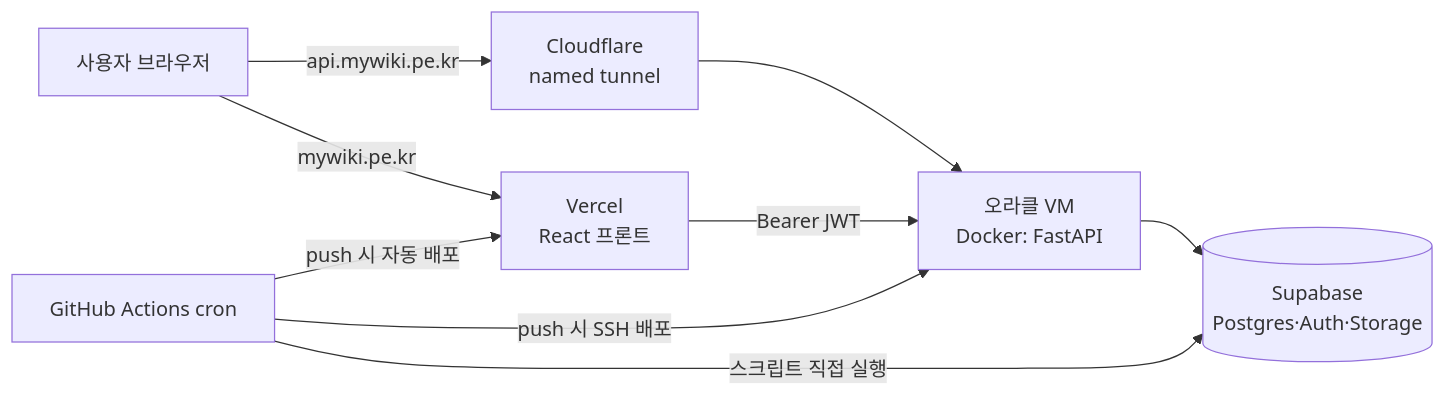
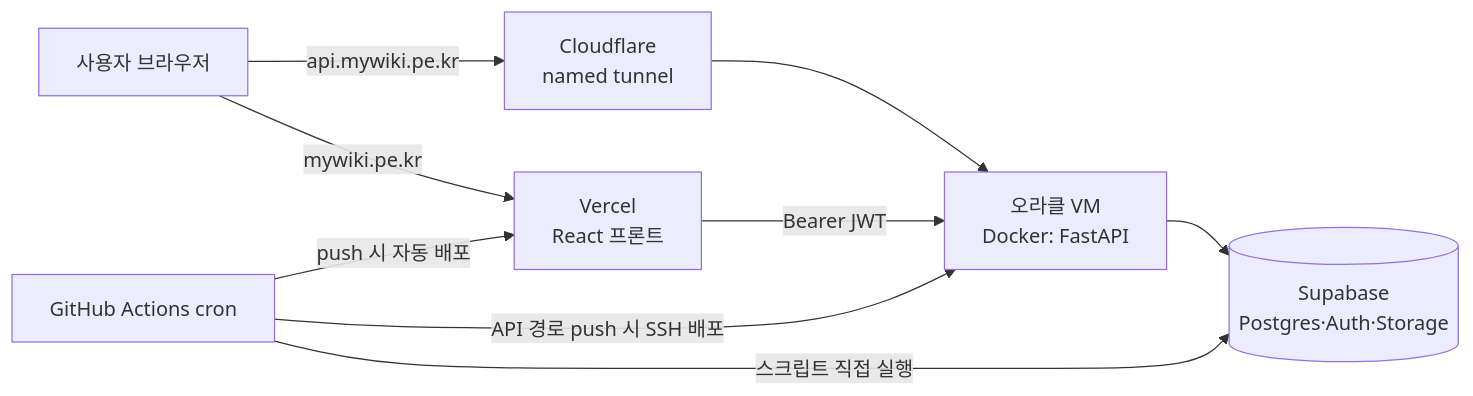
The second of 2 diagrams in README.md (yoobinkim541/SK_Suni_5th_project-myWiki), drawn with Mermaid before and after one commit. The commit also changed other lines of this file and 13 other files, not shown here.

````diff
--- a/README.md
+++ b/README.md
@@ -232,11 +286,11 @@
 ```mermaid
 flowchart LR
     U[사용자 브라우저] -->|mywiki.pe.kr| V[Vercel<br/>React 프론트]
     U -->|api.mywiki.pe.kr| CF[Cloudflare<br/>named tunnel]
     CF --> API[오라클 VM<br/>Docker: FastAPI]
     V -->|Bearer JWT| API
     API --> SB[(Supabase<br/>Postgres·Auth·Storage)]
     GA[GitHub Actions cron] -->|스크립트 직접 실행| SB
     GA -->|push 시 자동 배포| V
-    GA -->|push 시 SSH 배포| API
+    GA -->|API 경로 push 시 SSH 배포| API
 ```
````
